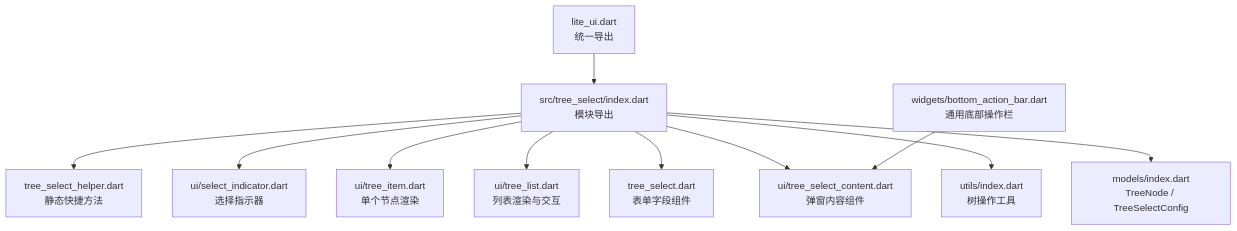
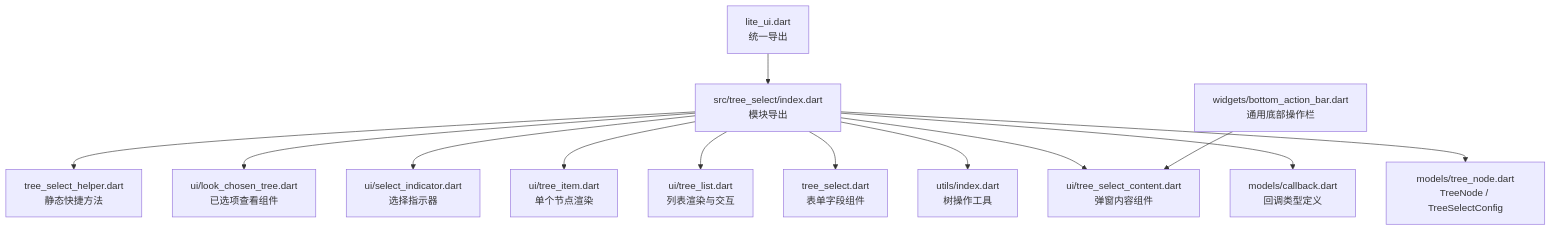
Before and after one commit to yuzhido/lite-ui: the first of 5 diagrams in .qoder/repowiki/zh/content/高级组件/树形选择器.md, drawn with Mermaid. The commit also changed other lines of this file and 34 other files, not shown here.

````diff
--- a/.qoder/repowiki/zh/content/高级组件/树形选择器.md
+++ b/.qoder/repowiki/zh/content/高级组件/树形选择器.md
@@ -49,13 +51,15 @@
 ```mermaid
 graph TB
 A["lite_ui.dart<br/>统一导出"] --> B["src/tree_select/index.dart<br/>模块导出"]
-B --> C["models/index.dart<br/>TreeNode / TreeSelectConfig"]
-B --> D["utils/index.dart<br/>树操作工具"]
-B --> E["tree_select.dart<br/>表单字段组件"]
-B --> F["ui/tree_select_content.dart<br/>弹窗内容组件"]
-B --> G["ui/tree_list.dart<br/>列表渲染与交互"]
-B --> H["ui/tree_item.dart<br/>单个节点渲染"]
-B --> I["ui/select_indicator.dart<br/>选择指示器"]
-B --> J["tree_select_helper.dart<br/>静态快捷方法"]
-K["widgets/bottom_action_bar.dart<br/>通用底部操作栏"] --> F
+B --> C["models/tree_node.dart<br/>TreeNode<V,D> / TreeSelectConfig<V,D>"]
+B --> D["models/callback.dart<br/>回调类型定义"]
+B --> E["utils/index.dart<br/>树操作工具"]
+B --> F["tree_select.dart<br/>表单字段组件"]
+B --> G["ui/tree_select_content.dart<br/>弹窗内容组件"]
+B --> H["ui/tree_list.dart<br/>列表渲染与交互"]
+B --> I["ui/tree_item.dart<br/>单个节点渲染"]
+B --> J["ui/select_indicator.dart<br/>选择指示器"]
+B --> K["ui/look_chosen_tree.dart<br/>已选项查看组件"]
+B --> L["tree_select_helper.dart<br/>静态快捷方法"]
+M["widgets/bottom_action_bar.dart<br/>通用底部操作栏"] --> G
 ```
````
